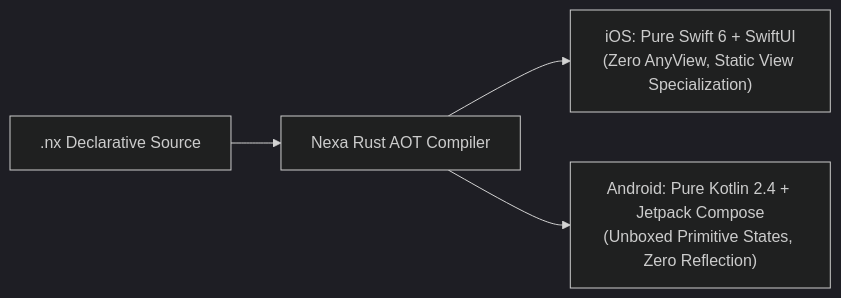
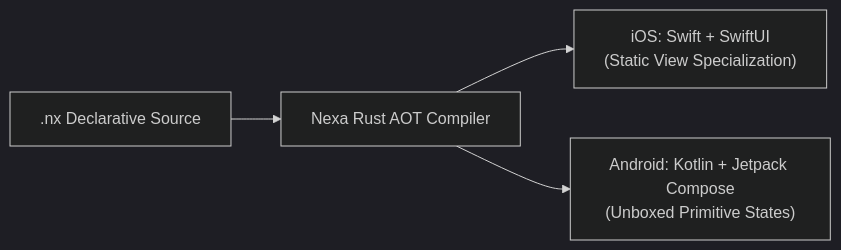
One commit to pigeonmal/nexa changed the diagram in docs/README.md. Above: the diagram before and after it, drawn with Mermaid (dark theme). The commit also changed other lines of this file and 39 other files, not shown here.

````diff
--- a/docs/README.md
+++ b/docs/README.md
@@ -27,6 +47,6 @@
 ```mermaid
 graph LR
     A[".nx Declarative Source"] --> B["Nexa Rust AOT Compiler"]
-    B --> C["iOS: Pure Swift 6 + SwiftUI\n(Zero AnyView, Static View Specialization)"]
-    B --> D["Android: Pure Kotlin 2.4 + Jetpack Compose\n(Unboxed Primitive States, Zero Reflection)"]
+    B --> C["iOS: Swift + SwiftUI\n(Static View Specialization)"]
+    B --> D["Android: Kotlin + Jetpack Compose\n(Unboxed Primitive States)"]
 ```
````
